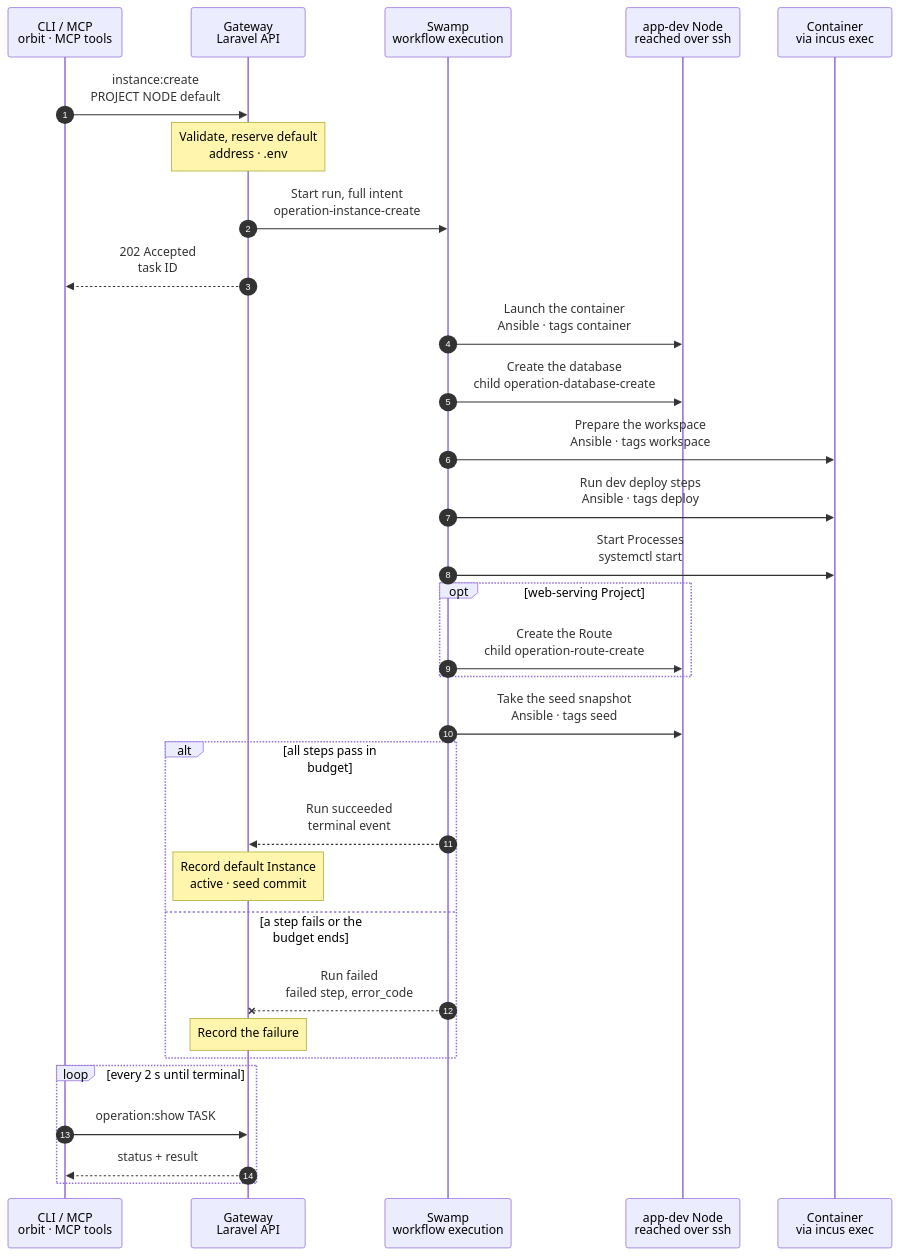
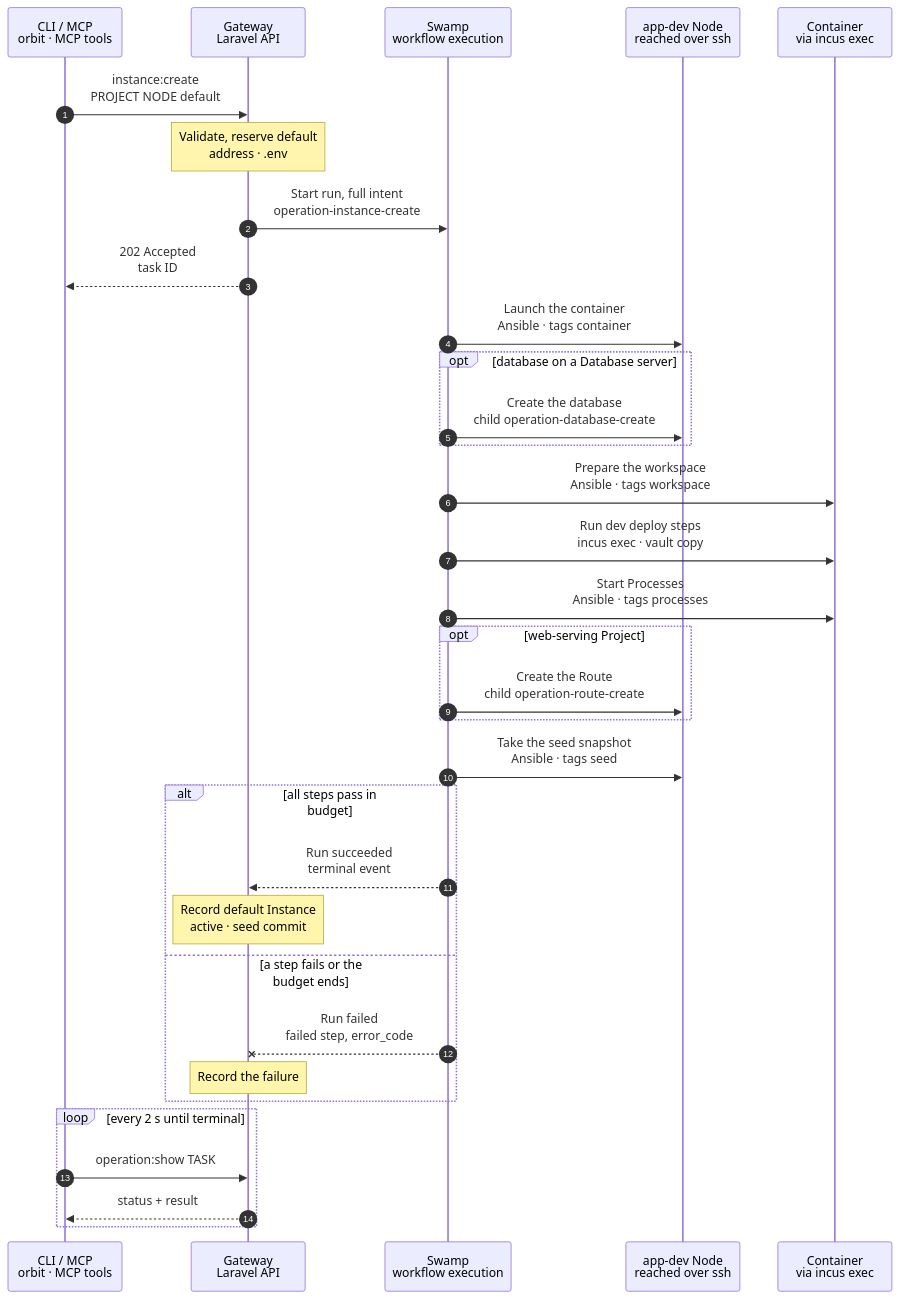
One commit to hardimpactdev/orbit changed the diagram in docs/cli/instance/container/create-default.mmd. Above: the diagram before and after it, drawn with Mermaid. The commit also changed 25 other files, not shown here.

First line of the commit message:
fix: apply the independent review to the container default

```diff
--- a/docs/cli/instance/container/create-default.mmd
+++ b/docs/cli/instance/container/create-default.mmd
@@ -1,69 +1,75 @@
 sequenceDiagram
   %% Target design, container runtime (ADR 0250 step 3, docs/reference/development-containers.md#the-default-instance): the Project's first default Instance on an app-dev Node, the only Instance built from scratch. It runs no T3; it is the clone source of the Project's other Instances. When the charts move into place, this becomes the first-default branch of container/create.mmd.
   %% status: draft
   %% command: instance:create PROJECT NODE default
   %% kind: instance.create
   autonumber
   %% lane CLI icon=terminal pill=caller tone=gray
   %% lane GW icon=gateway pill=intent tone=blue
   %% lane SW icon=workflow pill=executes tone=green
   %% lane N icon=server pill=target tone=amber
   %% lane C icon=server pill=target tone=purple
   participant CLI as CLI / MCP<br/>orbit · MCP tools
   participant GW as Gateway<br/>Laravel API
   participant SW as Swamp<br/>workflow execution
   participant N as app-dev Node<br/>reached over ssh
   participant C as Container<br/>via incus exec
   CLI->>GW: instance:create<br/>PROJECT NODE default
   %%> Command:
   %%> - `orbit instance:create PROJECT NODE default`
   %%> - a name equal to the Project's default branch also creates the `default` Instance
   Note over GW: Validate, reserve default<br/>address · .env
   %%> Requirements:
   %%> - the calling Node has node access to the target Node, an active `app-dev` Node
-  %%> - the Project has no default Instance on the Node
+  %%> - the Project has no default Instance anywhere in the fleet; its other Instances are made on this Node
+  %%> - a web-serving Project names its PHP version, and the runtime folder holds that static PHP build
   %%> Result:
   %%> - the default Instance is reserved with its runtime record and Route; it gets no T3 port
   %%> - `.env` is rendered from the Project's env template; a repository read token goes to the vault
   GW->>SW: Start run, full intent<br/>operation-instance-create
   GW-->>CLI: 202 Accepted<br/>task ID
   SW->>N: Launch the container<br/>Ansible · tags container
   %%> What it does:
-  %%> - `incus launch` from the Node's image, with the bridge address, `security.port_isolation`, the limits and the idmapped mount of `/opt/orbit-runtime`
+  %%> - `incus init` from the Node's image `orbit-instance` with the reserved bridge address, then `incus start`; the project's profile gives `security.port_isolation` and the idmapped, read-only shared folders
+  %%> - the NIC carries the bridge ACL and the container's own ACL, which lets only the Node's Caddy reach port 8080
   %%> - the agent folder is mounted too, so its clones have it; nothing in the default runs from it
-  %%> - fetches the default branch on the Node with the read token; the token stays on the Node
-  SW->>N: Create the database<br/>child operation-database-create
-  %%> What it does:
-  %%> - the database family creates the owner and the database on the Project's database server, on this Node or another
+  %%> - fetches the default branch into the Node's mirror with the read token; the token stays on the Node
+  opt database on a Database server
+    SW->>N: Create the database<br/>child operation-database-create
+    %%> What it does:
+    %%> - the database family creates the owner and the database on the Project's database server, on this Node or another
+    %%> - needs the container's database rule; without it the admission refuses `operation.kind_unavailable`
+  end
   SW->>C: Prepare the workspace<br/>Ansible · tags workspace
   %%> What it does:
-  %%> - pushes the default branch in and checks it out in `/srv/workspace`, with the group, setgid bits and default ACLs
+  %%> - pushes the default branch in as a bundle and checks it out in `/srv/workspace` as `orbit`, with the group, setgid bits and default ACLs
   %%> - writes `.env` for `orbit` with group `work`; writes no `/etc/orbit/instance`, so T3 never starts here
-  SW->>C: Run dev deploy steps<br/>Ansible · tags deploy
+  SW->>C: Run dev deploy steps<br/>incus exec · vault copy
   %%> What it does:
   %%> - the Project's development deploy steps, as `orbit`, in list order: they install dependencies and migrate
   %%> - the runtime folder supplies `php`, `composer`, Node and Bun; dependency downloads use the container egress model
-  SW->>C: Start Processes<br/>systemctl start
+  SW->>C: Start Processes<br/>Ansible · tags processes
   %%> What it does:
-  %%> - FrankenPHP and the Project's other development Processes start as `orbit` units
+  %%> - FrankenPHP starts as the `orbit` unit `orbit-frankenphp.service` on port 8080 of the bridge address
+  %%> - the Project's development Process definitions need their own records and vault path; until then the admission refuses them with `operation.kind_unavailable`
   opt web-serving Project
     SW->>N: Create the Route<br/>child operation-route-create
   end
   SW->>N: Take the seed snapshot<br/>Ansible · tags seed
   %%> What it does:
   %%> - stops the Processes for a moment and snapshots the container as `seed-<commit>`, which clones copy
   alt all steps pass in budget
     SW-->>GW: Run succeeded<br/>terminal event
     Note over GW: Record default Instance<br/>active · seed commit
     %%> Result:
     %%> - the default Instance is active and its container runs; the runtime records the seed commit
   else a step fails or the budget ends
     SW--xGW: Run failed<br/>failed step, error_code
     %%> What stays:
-    %%> - the stopped container and its database, marked failed; the same command resumes, `instance:destroy` removes them
+    %%> - the stopped container with its workspace, marked failed; the same command resumes it
     Note over GW: Record the failure
   end
   loop every 2 s until terminal
     CLI->>GW: operation:show TASK
     GW-->>CLI: status + result
   end
```
